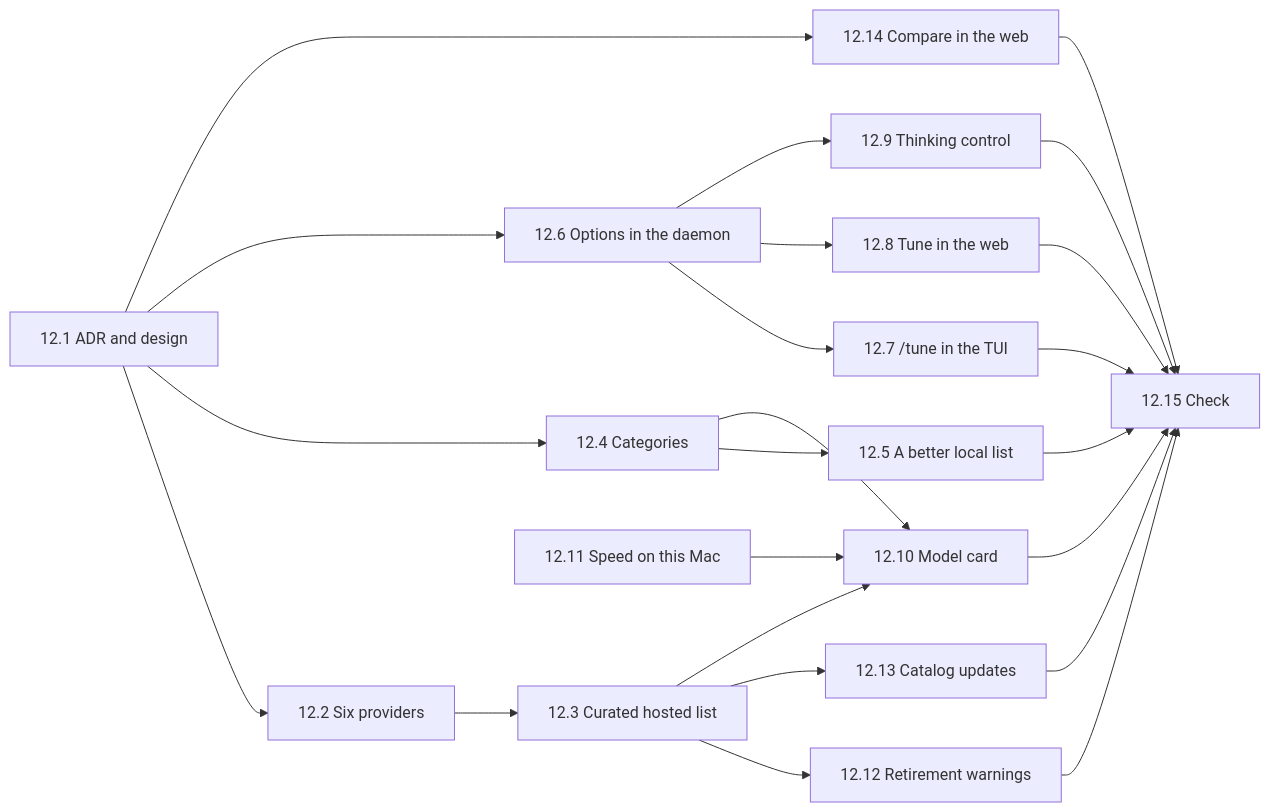
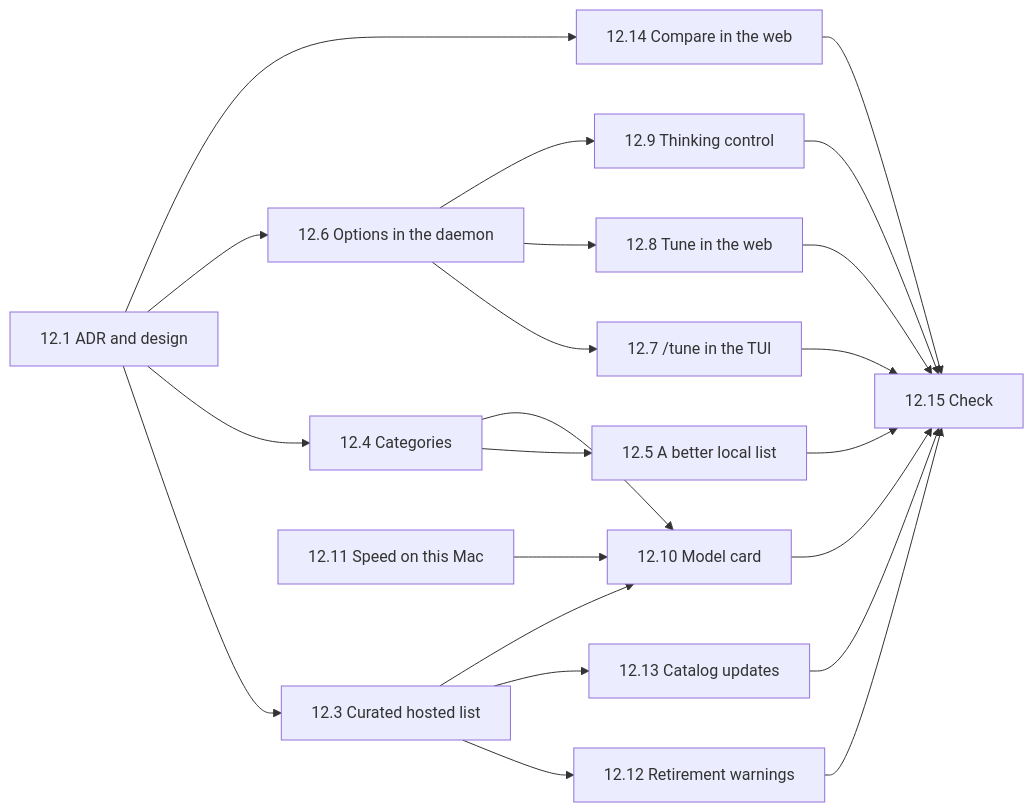
The fifth of 7 diagrams in docs/plan.md (MilanPavel/golem), drawn with Mermaid before and after one commit. The commit also changed other lines of this file and 7 other files, not shown here.

Commit message:
feat(models): setup, /login, auth, and doctor list the six providers (#517)

````diff
--- a/docs/plan.md
+++ b/docs/plan.md
@@ -427,15 +427,15 @@
 ```mermaid
 flowchart LR
-  s1[12.1 ADR and design] --> s2[12.2 Six providers] --> s3[12.3 Curated hosted list]
+  s1[12.1 ADR and design] --> s3[12.3 Curated hosted list]
   s1 --> s4[12.4 Categories] --> s5[12.5 A better local list]
   s1 --> s6[12.6 Options in the daemon] --> s7[12.7 /tune in the TUI]
   s6 --> s8[12.8 Tune in the web]
   s6 --> s9[12.9 Thinking control]
   s3 --> s12[12.12 Retirement warnings]
   s3 --> s13[12.13 Catalog updates]
   s11[12.11 Speed on this Mac] --> s10[12.10 Model card]
   s3 --> s10
   s4 --> s10
   s1 --> s14[12.14 Compare in the web]
   s5 & s7 & s8 & s9 & s10 & s12 & s13 & s14 --> s15[12.15 Check]
 ```
````
